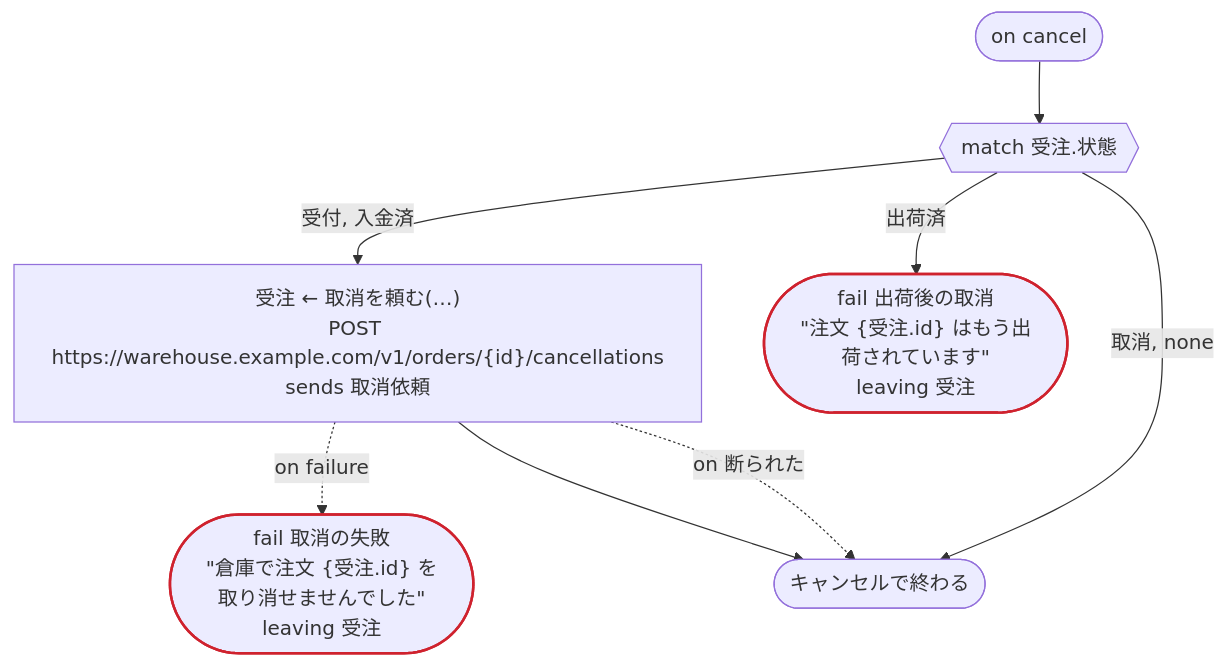
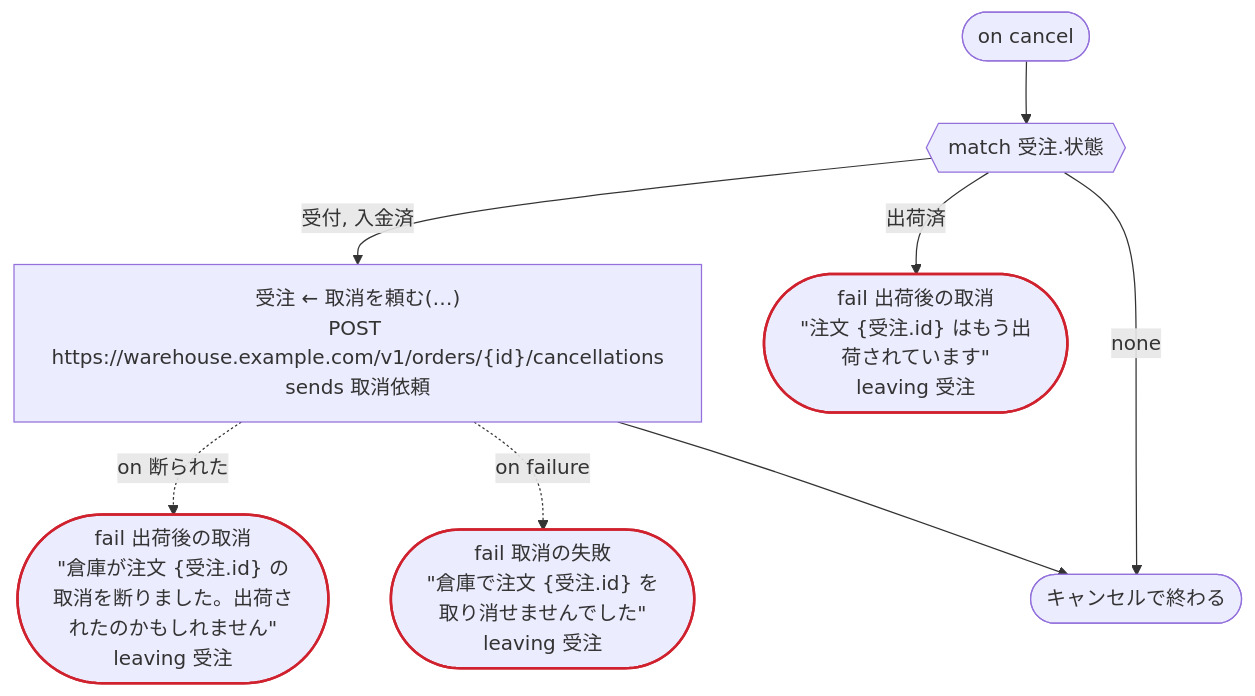
The third of 4 diagrams in crates/dandori/tests/doc/examples-order-temporal-order-ja.ja.md (i2y/ritsu), drawn with Mermaid before and after one commit. The commit also changed other lines of this file and 57 other files, not shown here.

````diff
--- a/crates/dandori/tests/doc/examples-order-temporal-order-ja.ja.md
+++ b/crates/dandori/tests/doc/examples-order-temporal-order-ja.ja.md
@@ -88,19 +88,20 @@
 ```mermaid
 flowchart TD
     onc(["on cancel"])
     s28{{"match 受注.状態"}}
     s30["受注 ← 取消を頼む(…)<br>POST https://warehouse.example.com/v1/orders/{id}/cancellations<br>sends 取消依頼"]
+    s31(["fail 出荷後の取消<br>#quot;倉庫が注文 {受注.id} の取消を断りました。出荷されたのかもしれません#quot;<br>leaving 受注"])
     s32(["fail 取消の失敗<br>#quot;倉庫で注文 {受注.id} を取り消せませんでした#quot;<br>leaving 受注"])
     s33(["fail 出荷後の取消<br>#quot;注文 {受注.id} はもう出荷されています#quot;<br>leaving 受注"])
     oncEnd(["キャンセルで終わる"])
     onc --> s28
     s28 -->|"受付, 入金済"| s30
+    s30 -.->|"on 断られた"| s31
     s30 -.->|"on failure"| s32
     s28 -->|"出荷済"| s33
-    s28 -->|"取消, none"| oncEnd
+    s28 -->|"none"| oncEnd
     s30 --> oncEnd
-    s30 -.->|"on 断られた"| oncEnd
     classDef ok stroke:#2da44e,stroke-width:2px
     classDef bad stroke:#cf222e,stroke-width:2px
-    class s32,s33 bad
+    class s31,s32,s33 bad
 ```
````
